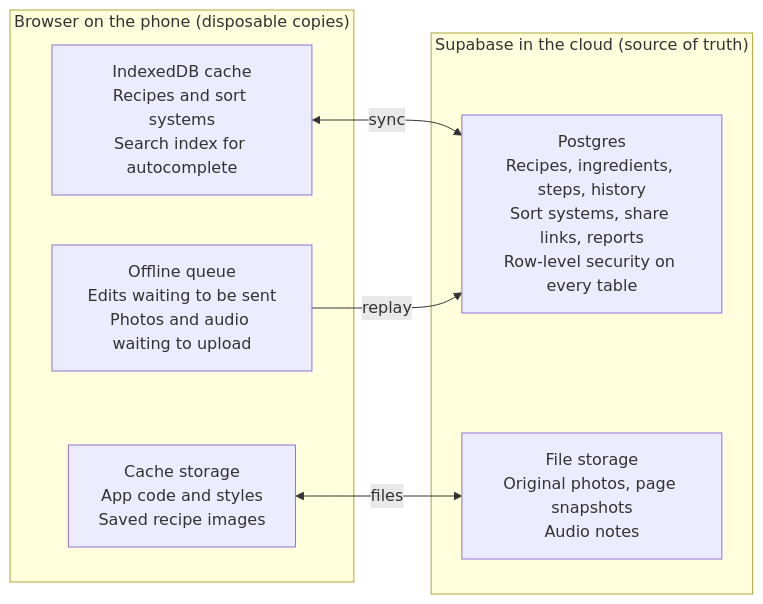
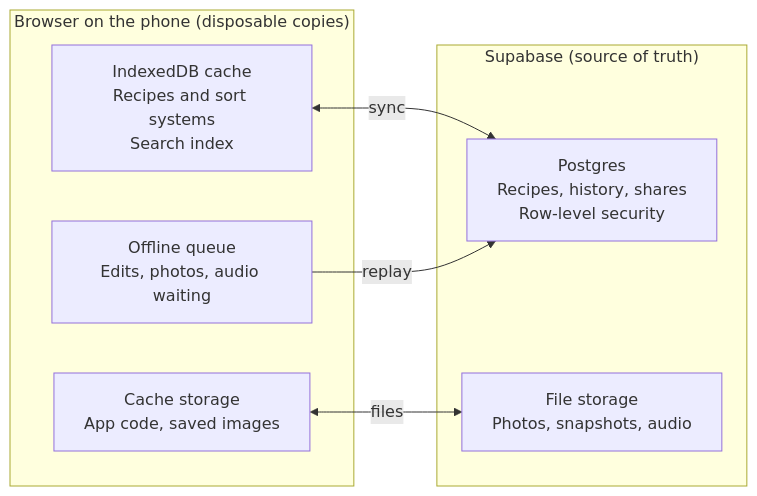
One commit to wolpino/recipe-box changed the first of 2 diagrams in docs/spec.md. Above: the diagram before and after it, drawn with Mermaid. The commit also changed other lines of this file and 11 other files, not shown here.

````diff
--- a/docs/spec.md
+++ b/docs/spec.md
@@ -190,15 +192,15 @@
 ```mermaid
 flowchart LR
   subgraph Browser["Browser on the phone (disposable copies)"]
-    IDB["IndexedDB cache<br/>Recipes and sort systems<br/>Search index for autocomplete"]
-    Q["Offline queue<br/>Edits waiting to be sent<br/>Photos and audio waiting to upload"]
-    CS["Cache storage<br/>App code and styles<br/>Saved recipe images"]
+    IDB["IndexedDB cache<br/>Recipes and sort systems<br/>Search index"]
+    Q["Offline queue<br/>Edits, photos, audio waiting"]
+    CS["Cache storage<br/>App code, saved images"]
   end
-  subgraph Cloud["Supabase in the cloud (source of truth)"]
-    PG["Postgres<br/>Recipes, ingredients, steps, history<br/>Sort systems, share links, reports<br/>Row-level security on every table"]
-    FS["File storage<br/>Original photos, page snapshots<br/>Audio notes"]
+  subgraph Cloud["Supabase (source of truth)"]
+    PG["Postgres<br/>Recipes, history, shares<br/>Row-level security"]
+    FS["File storage<br/>Photos, snapshots, audio"]
   end
   IDB <-->|sync| PG
   Q -->|replay| PG
   CS <-->|files| FS
 ```
````
